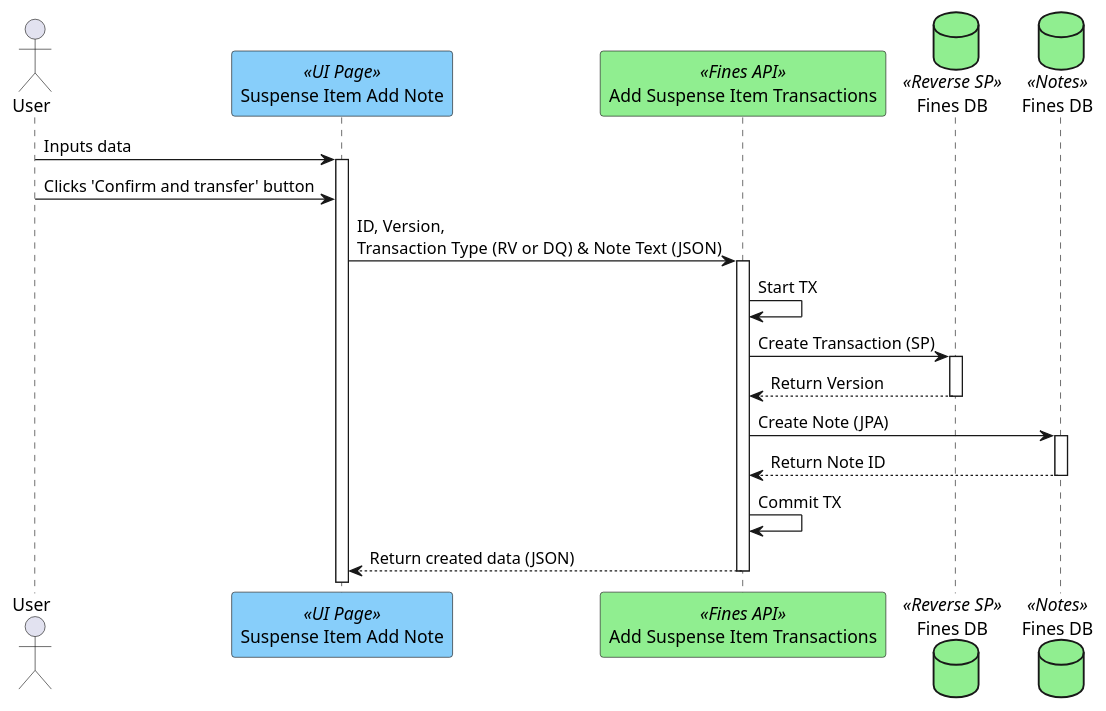
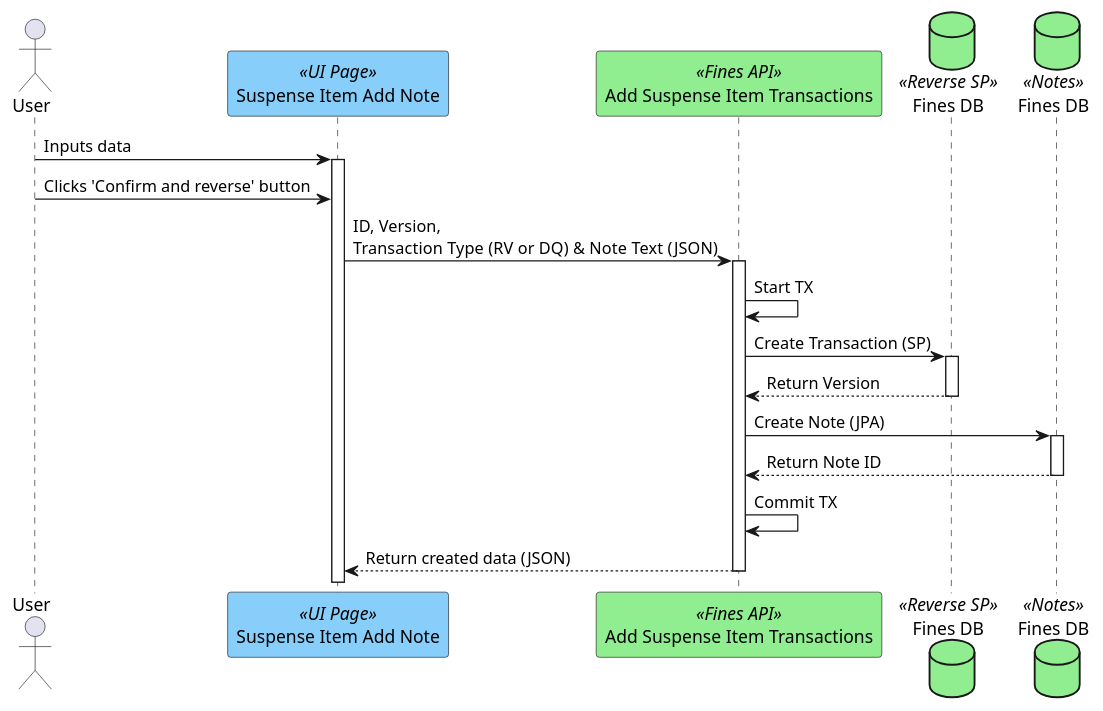
Before and after one commit to hmcts/opal-docs: the diagram in plantUML/sus-add-note-transfer-reverse/sus-reverse.puml, drawn with PlantUML.

Commit message:
suspense 2

```diff
--- a/plantUML/sus-add-note-transfer-reverse/sus-reverse.puml
+++ b/plantUML/sus-add-note-transfer-reverse/sus-reverse.puml
@@ -1,20 +1,20 @@
 @startuml
 actor "User" as user
 participant "Suspense Item Add Note" as notes <<UI Page>> #lightskyblue
 participant "Add Suspense Item Transactions" as addsustx <<Fines API>> #lightgreen
 database "Fines DB" as db <<Reverse SP>> #lightgreen
 database "Fines DB" as db1 <<Notes>> #lightgreen
 
 
 user ->  notes ++: Inputs data
-user ->  notes : Clicks 'Confirm and transfer' button
+user ->  notes : Clicks 'Confirm and reverse' button
 notes -> addsustx ++: ID, Version, \nTransaction Type (RV or DQ) & Note Text  (JSON)
 addsustx -> addsustx : Start TX
 addsustx -> db ++: Create Transaction (SP)
 db --> addsustx --: Return Version
 addsustx -> db1 ++: Create Note (JPA)
 db1 --> addsustx --: Return Note ID
 addsustx -> addsustx : Commit TX
 addsustx --> notes --: Return created data (JSON)
 
 @enduml
```
